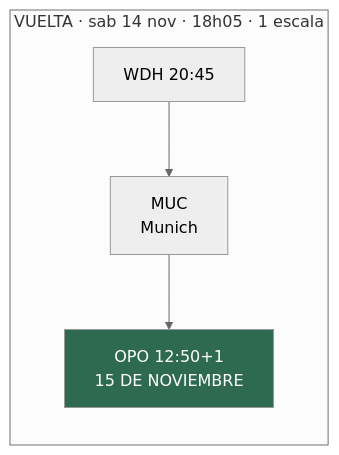
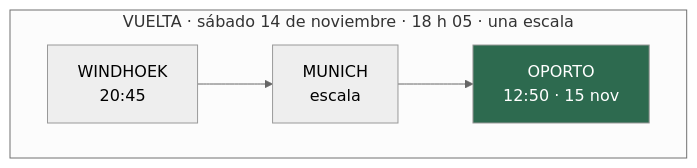
One commit to morandeirachema/namibia changed the sixth of 8 diagrams in 02-presupuesto.md. Above: the diagram before and after it, drawn with Mermaid (neutral theme). The commit also changed other lines of this file and 26 other files, not shown here.

````diff
--- a/02-presupuesto.md
+++ b/02-presupuesto.md
@@ -451,8 +385,9 @@
 ```mermaid
 flowchart LR
-    subgraph VUELTA["VUELTA · sab 14 nov · 18h05 · 1 escala"]
-        V1["WDH 20:45"] --> V2["MUC<br/>Munich"]
-        V2 --> V3["OPO 12:50+1<br/>15 DE NOVIEMBRE"]
+    subgraph VUELTA["VUELTA · sábado 14 de noviembre · 18 h 05 · una escala"]
+        direction LR
+        V1["WINDHOEK<br/>20:45"] --> V2["MUNICH<br/>escala"]
+        V2 --> V3["OPORTO<br/>12:50 · 15 nov"]
     end
     style V3 fill:#2d6a4f,color:#fff
 ```
````
